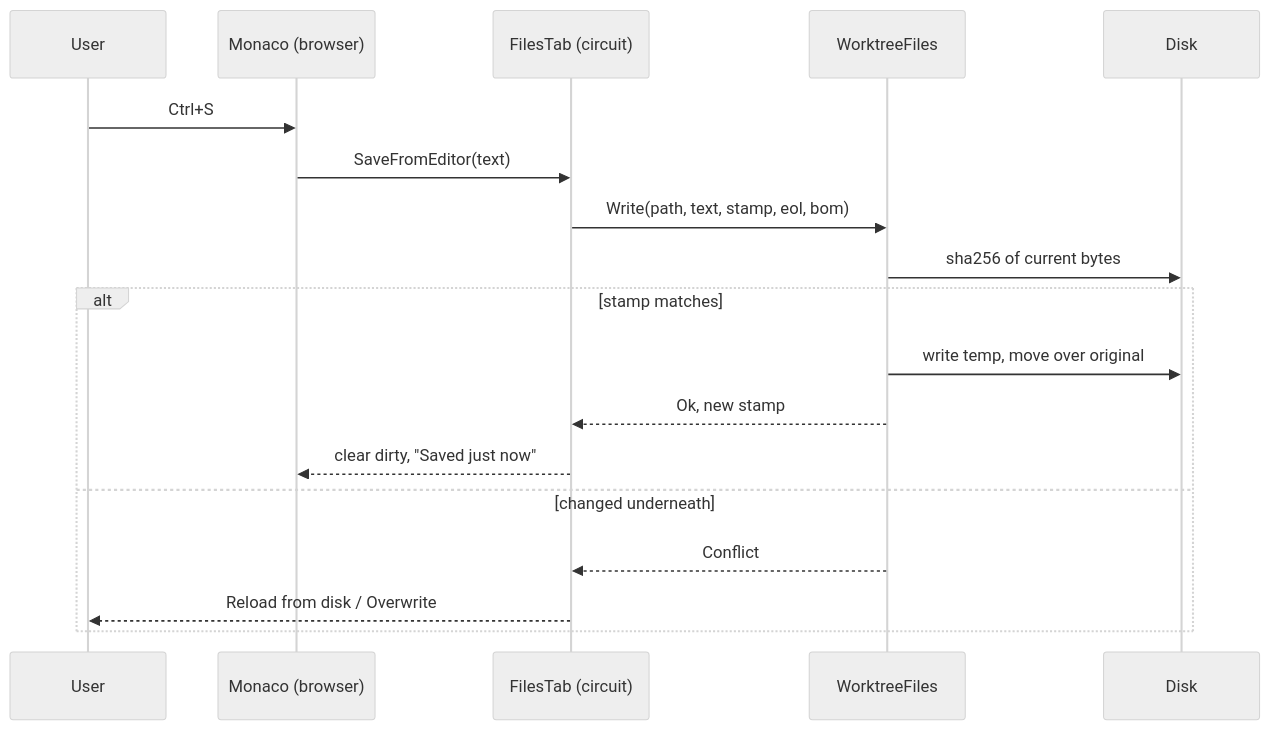
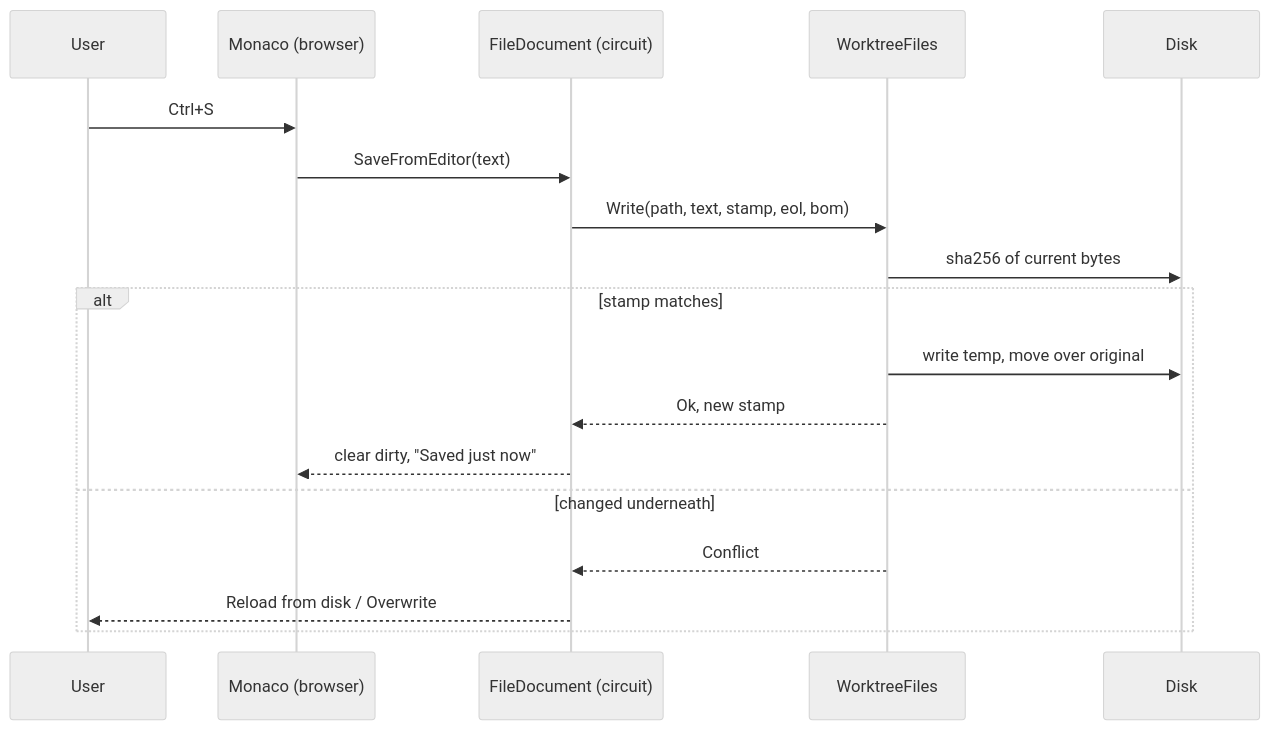
Before and after one commit to BradenTerry/Tog: the diagram in docs/editor.md, drawn with Mermaid (neutral theme). The commit also changed other lines of this file and 55 other files, not shown here.

````diff
--- a/docs/editor.md
+++ b/docs/editor.md
@@ -68,21 +70,21 @@
 ```mermaid
 sequenceDiagram
     participant U as User
     participant M as Monaco (browser)
-    participant T as FilesTab (circuit)
+    participant T as FileDocument (circuit)
     participant F as WorktreeFiles
     participant D as Disk
 
     U->>M: Ctrl+S
     M->>T: SaveFromEditor(text)
     T->>F: Write(path, text, stamp, eol, bom)
     F->>D: sha256 of current bytes
     alt stamp matches
         F->>D: write temp, move over original
         F-->>T: Ok, new stamp
         T-->>M: clear dirty, "Saved just now"
     else changed underneath
         F-->>T: Conflict
         T-->>U: Reload from disk / Overwrite
     end
 ```
````
